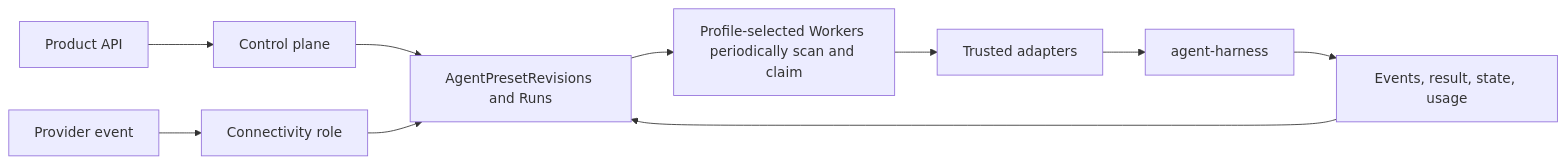
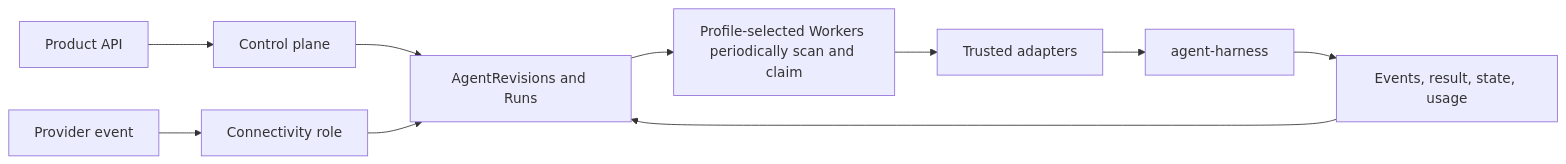
The second of 4 diagrams in spec/README.md (LTThreeComma/agent-foundation), drawn with Mermaid before and after one commit. The commit also changed other lines of this file and 186 other files, not shown here.

````diff
--- a/spec/README.md
+++ b/spec/README.md
@@ -196,11 +196,11 @@
 ```mermaid
 flowchart LR
     API[Product API] --> Control[Control plane]
     Provider[Provider event] --> Connectivity[Connectivity role]
-    Control & Connectivity --> Durable[AgentPresetRevisions and Runs]
+    Control & Connectivity --> Durable[AgentRevisions and Runs]
     Durable --> Worker[Profile-selected Workers periodically scan and claim]
     Worker --> Reconstruct[Trusted adapters]
     Reconstruct --> Harness[agent-harness]
     Harness --> Candidate[Events, result, state, usage]
     Candidate --> Durable
 ```
````
